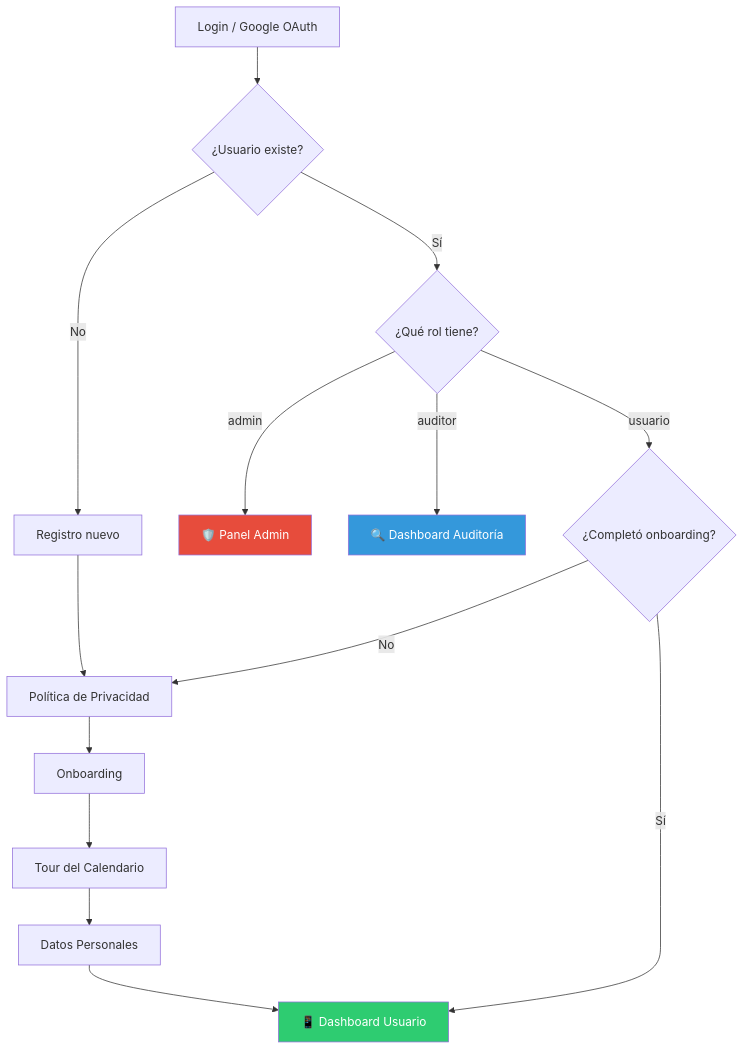
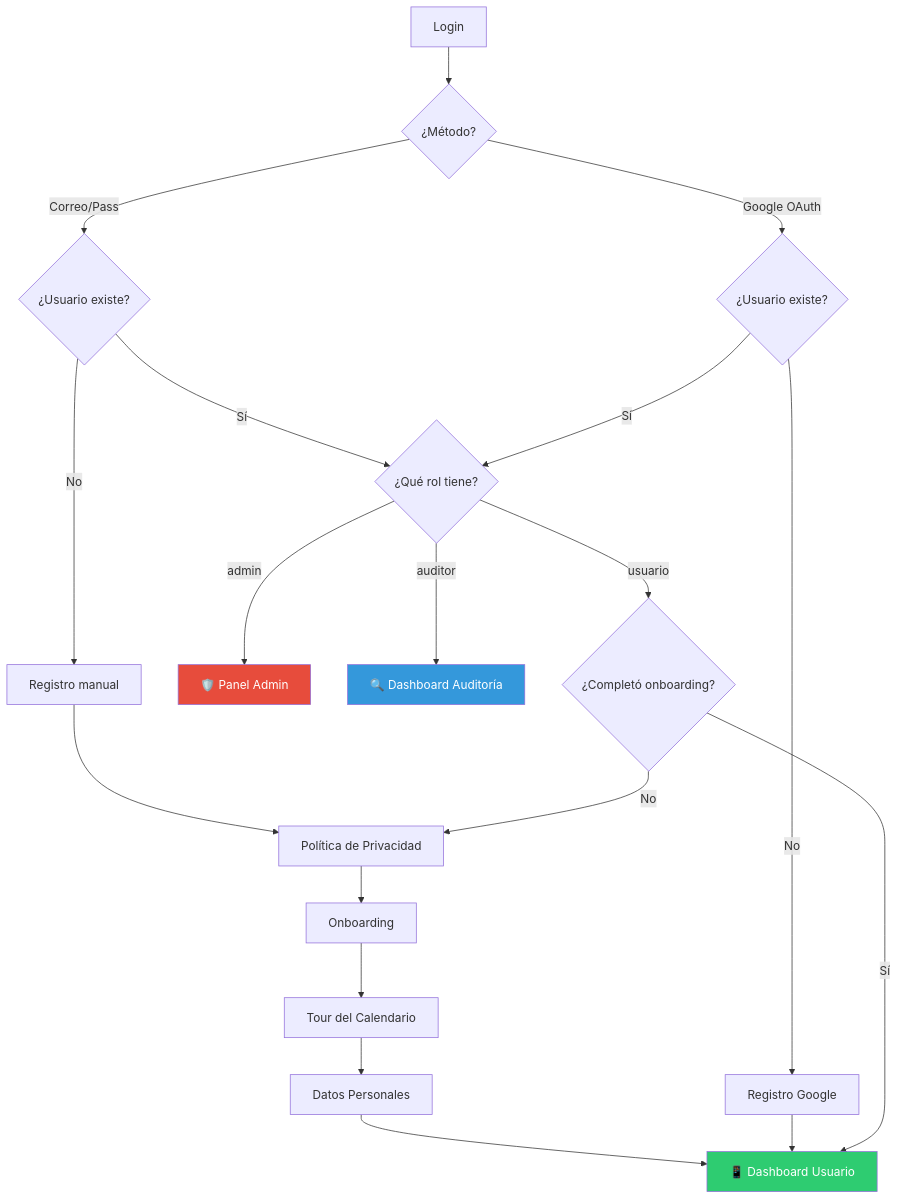
One commit to Jossmart28/Bellota-App changed the first of 2 diagrams in README.md. Above: the diagram before and after it, drawn with Mermaid. The commit also changed 1 other file, not shown here.

Commit message:
fix: saltar flujo de onboarding para nuevos usuarios de Google OAuth

````diff
--- a/README.md
+++ b/README.md
@@ -221,21 +221,30 @@
 ```mermaid
 flowchart TD
-    A[Login / Google OAuth] --> B{¿Usuario existe?}
-    B -->|Sí| C{¿Qué rol tiene?}
-    B -->|No| D[Registro nuevo]
-    D --> E[Política de Privacidad]
-    E --> F[Onboarding]
-    F --> G[Tour del Calendario]
-    G --> H[Datos Personales]
-    H --> I[Dashboard Usuario]
+    A[Login] --> B{¿Método?}
+    B -->|Correo/Pass| C{¿Usuario existe?}
+    B -->|Google OAuth| G_Auth{¿Usuario existe?}
 
-    C -->|admin| J[🛡️ Panel Admin]
-    C -->|auditor| K[🔍 Dashboard Auditoría]
-    C -->|usuario| L{¿Completó onboarding?}
-    L -->|No| E
-    L -->|Sí| I[📱 Dashboard Usuario]
+    C -->|Sí| D{¿Qué rol tiene?}
+    C -->|No| E[Registro manual]
+    
+    E --> F[Política de Privacidad]
+    F --> G[Onboarding]
+    G --> H[Tour del Calendario]
+    H --> I[Datos Personales]
+    I --> J[📱 Dashboard Usuario]
 
-    style J fill:#e74c3c,color:#fff
-    style K fill:#3498db,color:#fff
-    style I fill:#2ecc71,color:#fff
+    G_Auth -->|Sí| D
+    G_Auth -->|No| K[Registro Google]
+    K --> J
+
+    D -->|admin| L[🛡️ Panel Admin]
+    D -->|auditor| M[🔍 Dashboard Auditoría]
+    D -->|usuario| N{¿Completó onboarding?}
+    
+    N -->|No| F
+    N -->|Sí| J
+
+    style L fill:#e74c3c,color:#fff
+    style M fill:#3498db,color:#fff
+    style J fill:#2ecc71,color:#fff
 ```
````
